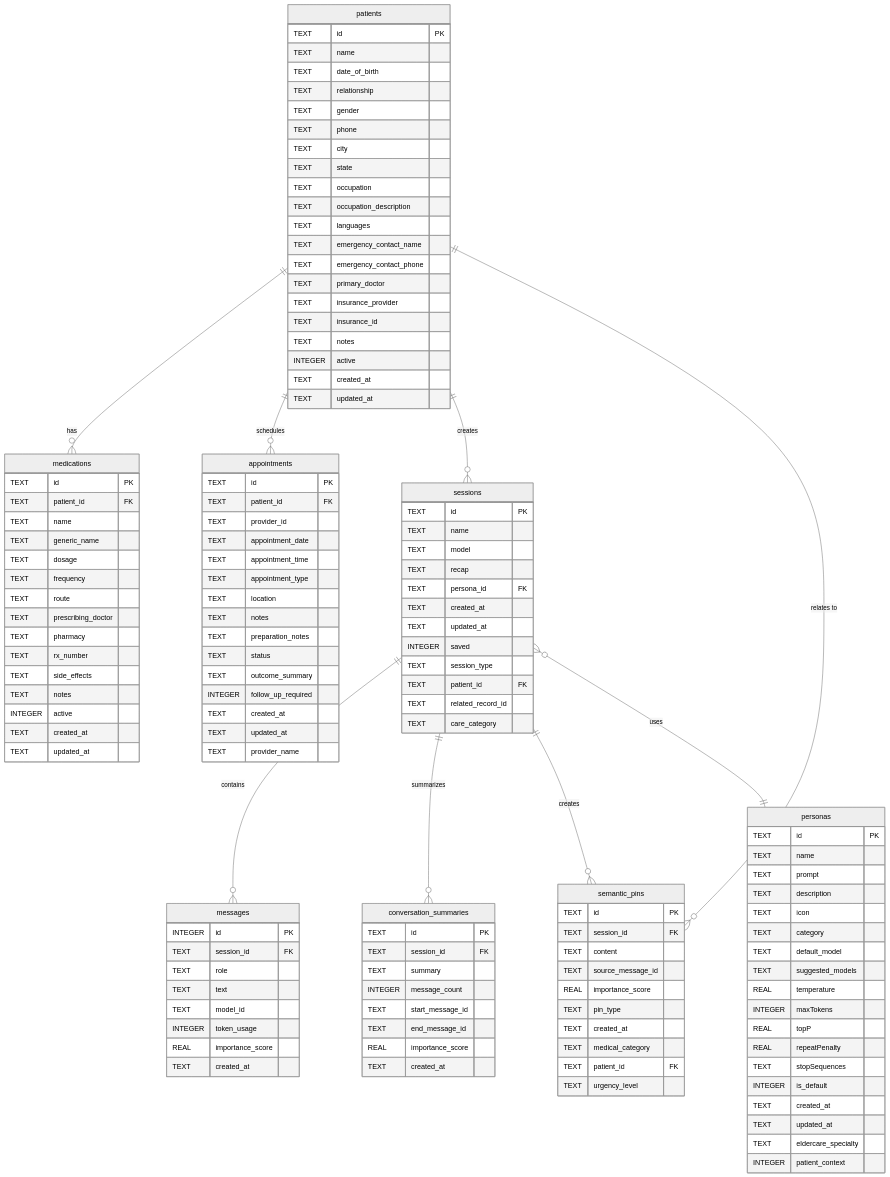
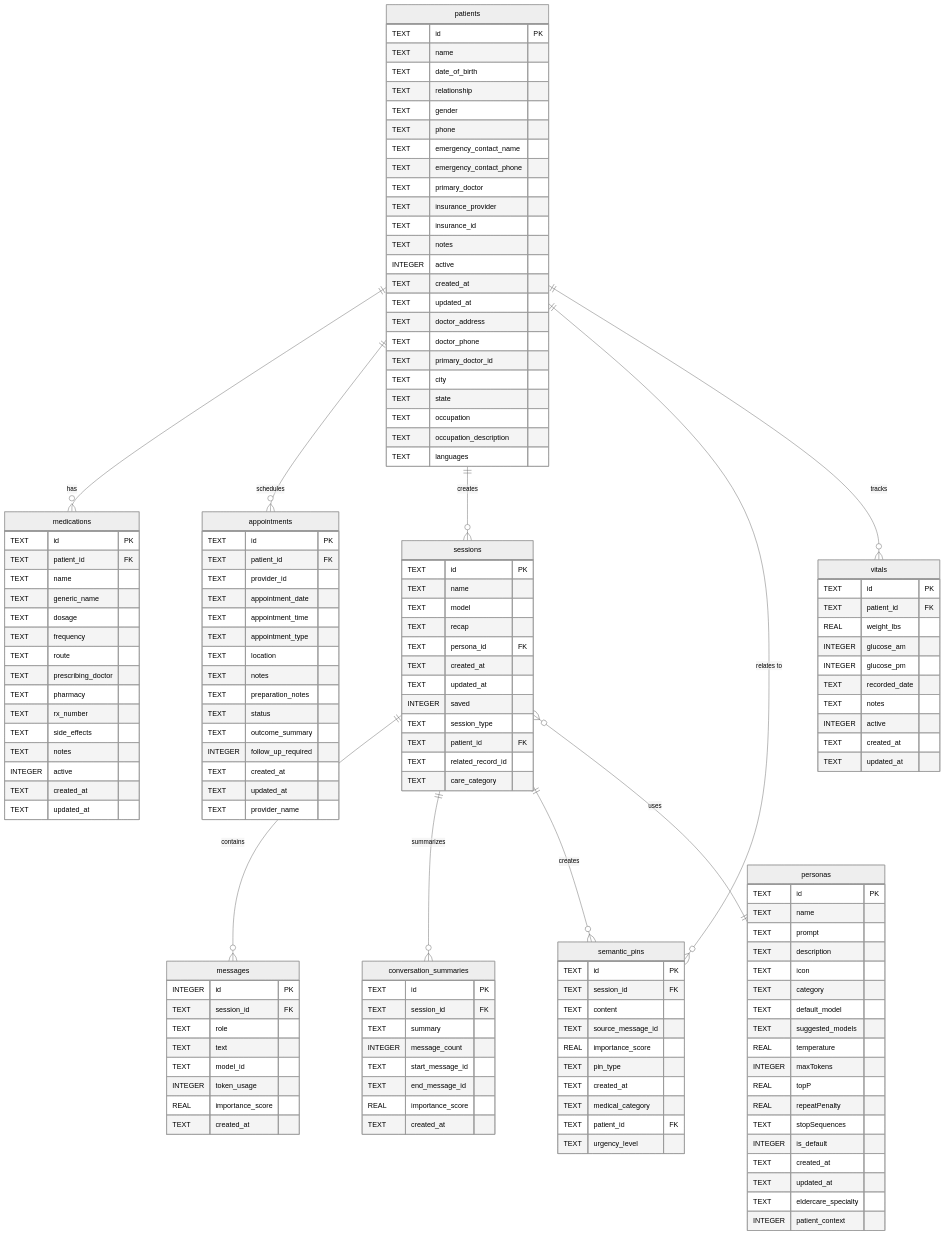
The diagram in docs/schemas/database-schema.md (Kalito-Labs/Luna), drawn with Mermaid (neutral theme) before and after one commit. The commit also changed other lines of this file and 15 other files, not shown here.

````diff
--- a/docs/schemas/database-schema.md
+++ b/docs/schemas/database-schema.md
@@ -10,6 +10,7 @@
     patients ||--o{ appointments : "schedules"
     patients ||--o{ sessions : "creates"
     patients ||--o{ semantic_pins : "relates to"
+    patients ||--o{ vitals : "tracks"
     
     sessions ||--o{ messages : "contains"
     sessions ||--o{ conversation_summaries : "summarizes"
@@ -23,11 +24,6 @@
         TEXT relationship
         TEXT gender
         TEXT phone
-        TEXT city
-        TEXT state
-        TEXT occupation
-        TEXT occupation_description
-        TEXT languages
         TEXT emergency_contact_name
         TEXT emergency_contact_phone
         TEXT primary_doctor
@@ -37,6 +33,14 @@
         INTEGER active
         TEXT created_at
         TEXT updated_at
+        TEXT doctor_address
+        TEXT doctor_phone
+        TEXT primary_doctor_id
+        TEXT city
+        TEXT state
+        TEXT occupation
+        TEXT occupation_description
+        TEXT languages
     }
 
     medications {
@@ -145,4 +149,17 @@
         TEXT patient_id FK
         TEXT urgency_level
     }
+
+    vitals {
+        TEXT id PK
+        TEXT patient_id FK
+        REAL weight_lbs
+        INTEGER glucose_am
+        INTEGER glucose_pm
+        TEXT recorded_date
+        TEXT notes
+        INTEGER active
+        TEXT created_at
+        TEXT updated_at
+    }
 ```
````
